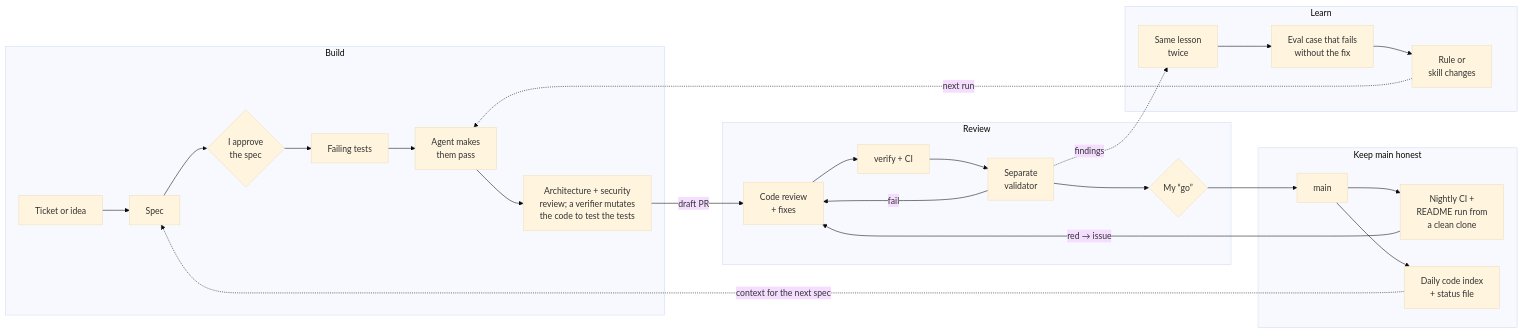
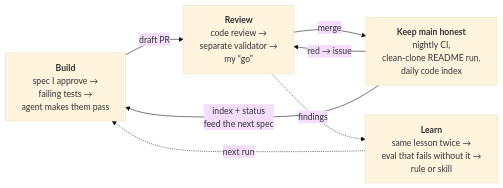
Before and after one commit to HlibHav/HlibHav: the diagram in README.md, drawn with Mermaid (base theme). The commit also changed other lines of this file, not shown here.

Commit message:
Simplify the loop map so it reads at README width

````diff
--- a/README.md
+++ b/README.md
@@ -48,24 +48,9 @@
 ```mermaid
 flowchart LR
-  subgraph SDD["Build"]
-    I["Ticket or idea"] --> SP["Spec"] --> OK{"I approve<br/>the spec"}
-    OK --> TW["Failing tests"] --> IM["Agent makes<br/>them pass"] --> AR["Architecture + security<br/>review; a verifier mutates<br/>the code to test the tests"]
-  end
-  subgraph REV["Review"]
-    CR["Code review<br/>+ fixes"] --> VF["verify + CI"] --> VA["Separate<br/>validator"] --> GO{"My “go”"}
-    VA -- "fail" --> CR
-  end
-  subgraph MAIN["Keep main honest"]
-    M["main"] --> NC["Nightly CI +<br/>README run from<br/>a clean clone"]
-    M --> IX["Daily code index<br/>+ status file"]
-  end
-  subgraph LEARN["Learn"]
-    L["Same lesson<br/>twice"] --> EV["Eval case that fails<br/>without the fix"] --> SK["Rule or<br/>skill changes"]
-  end
-  AR -- "draft PR" --> CR
-  GO --> M
-  NC -- "red → issue" --> CR
-  IX -. "context for the next spec" .-> SP
-  VA -. "findings" .-> L
-  SK -. "next run" .-> IM
+  B["<b>Build</b><br/>spec I approve →<br/>failing tests →<br/>agent makes them pass"] -- "draft PR" --> R["<b>Review</b><br/>code review →<br/>separate validator →<br/>my “go”"]
+  R -- "merge" --> M["<b>Keep main honest</b><br/>nightly CI,<br/>clean-clone README run,<br/>daily code index"]
+  M -- "red → issue" --> R
+  M -- "index + status<br/>feed the next spec" --> B
+  R -. "findings" .-> L["<b>Learn</b><br/>same lesson twice →<br/>eval that fails without it →<br/>rule or skill"]
+  L -. "next run" .-> B
 ```
````
